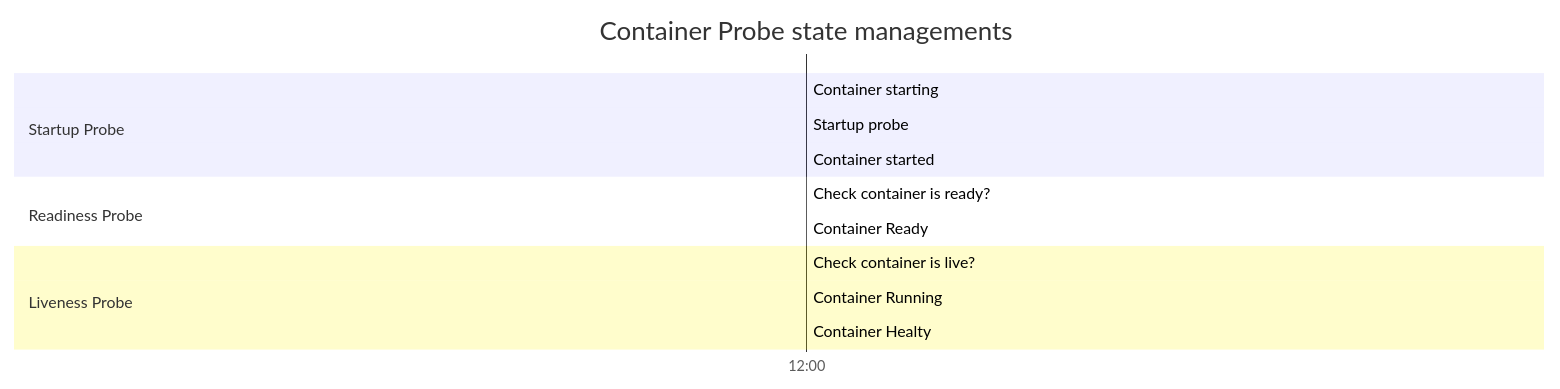
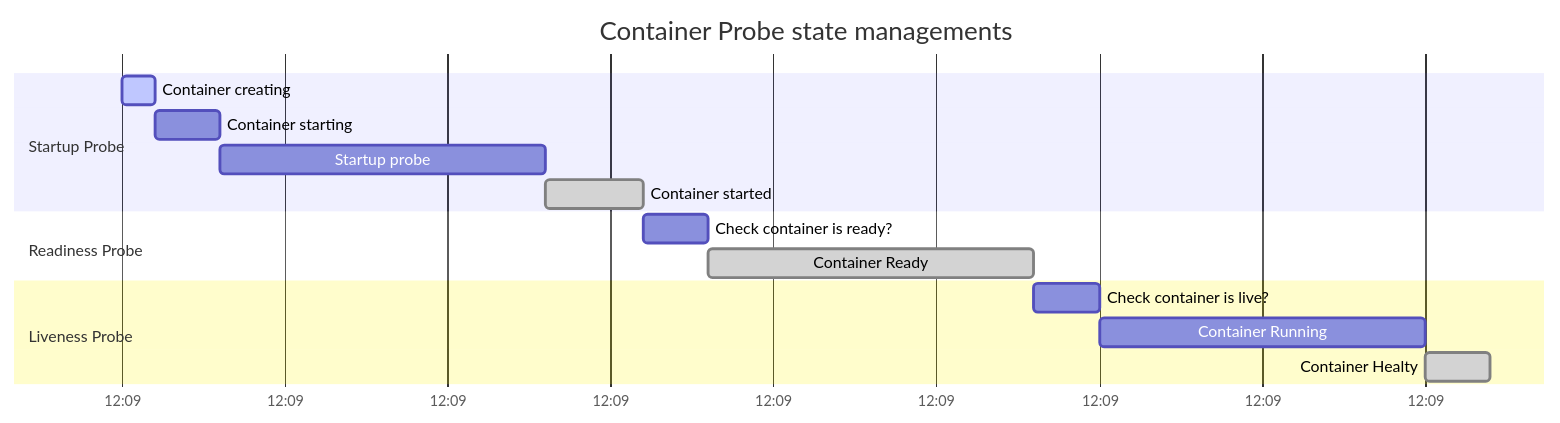
One commit to DevOpsWithDimas/old.devopswithdimas.github.io changed the diagram in _posts/kubernetes/03-pod-containers/2022-06-19-03h-pod-container-probe-config.markdown. Above: the diagram before and after it, drawn with Mermaid.

Commit message:
update diagram

```diff
--- a/_posts/kubernetes/03-pod-containers/2022-06-19-03h-pod-container-probe-config.markdown
+++ b/_posts/kubernetes/03-pod-containers/2022-06-19-03h-pod-container-probe-config.markdown
@@ -48,17 +48,18 @@
 {% mermaid %}
 gantt
     title Container Probe state managements
     dateFormat HH:mm
-    axisFormat %H:%M
+    axisFormat %H:%m
     section Startup Probe
-    Container starting          :           containerStart,     12:00,                      10second
-    Startup probe               :           startupTry1,        after containerStart,       1min
-    Container started           :done,      containerStarted,   after startupTry1,          10second
+    Container creating          :active,    containerCreate,    12:00,                      1s
+    Container starting          :           containerStart,     after containerCreate,      2s
+    Startup probe               :           startupTry1,        after containerStart,       10s
+    Container started           :done,      containerStarted,   after startupTry1,          3s
     section Readiness Probe
-    Check container is ready?   :           checkReady,         after containerStarted,     10second
-    Container Ready             :done,      containerReady,     after checkReady,           30second
+    Check container is ready?   :           checkReady,         after containerStarted,     2s
+    Container Ready             :done,      containerReady,     after checkReady,           10s
     section Liveness Probe
-    Check container is live?    :           checkLive,          after containerReady,       10second
-    Container Running           :           containerRun,       after checkLive,            30second
-    Container Healty            :done,      containerHealty,    after containerRun,         10second
+    Check container is live?    :           checkLive,          after containerReady,       2s
+    Container Running           :           containerRun,       after checkLive,            10s
+    Container Healty            :done,      containerHealty,    after containerRun,         2s
 {% endmermaid %}
```
